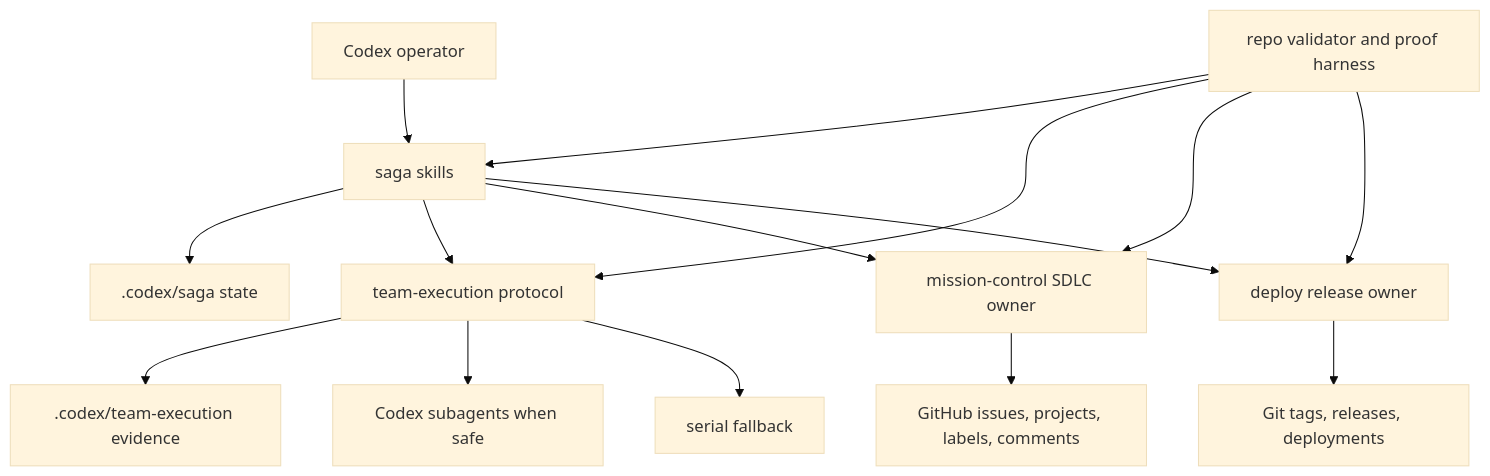
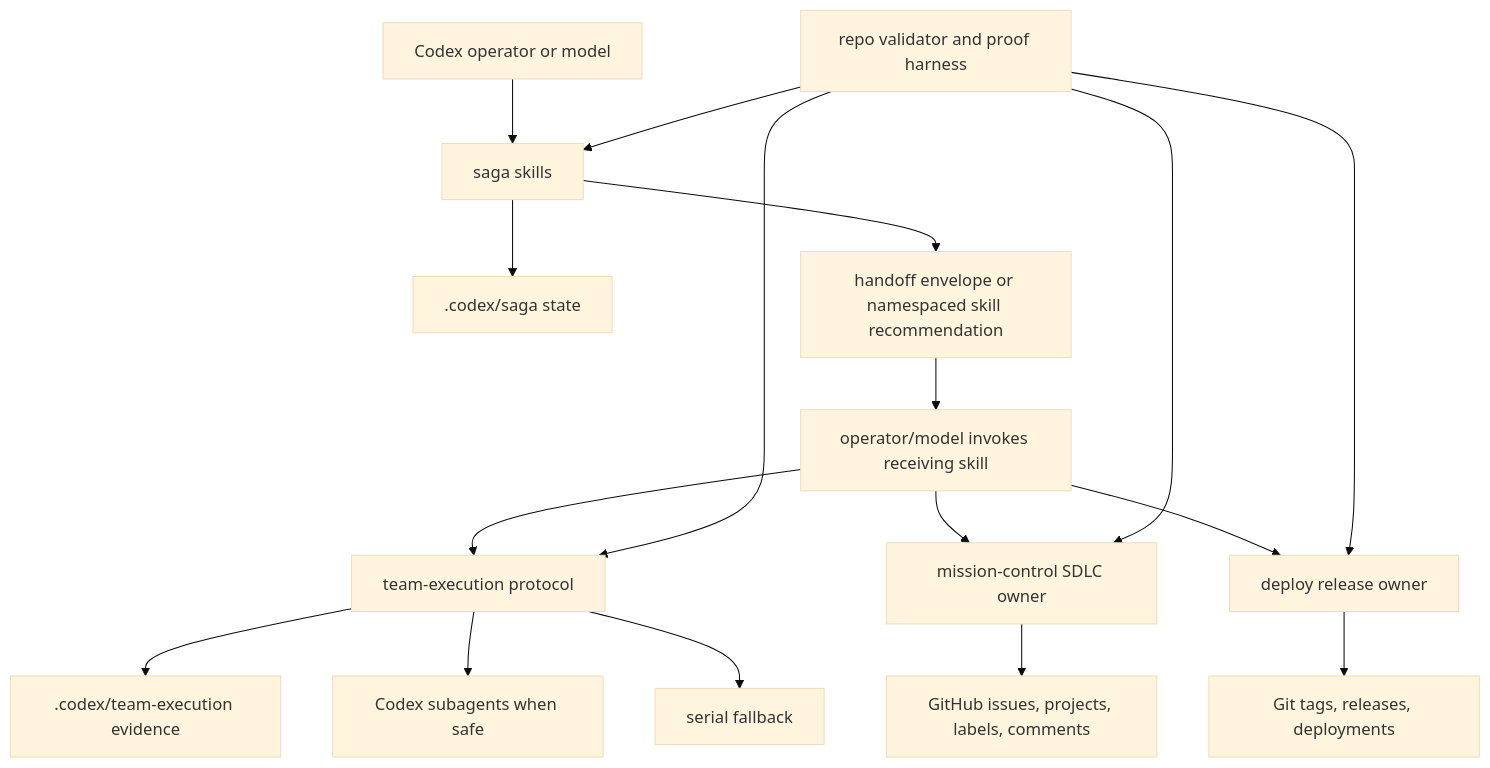
One commit to infiquetra/infiquetra-codex-plugins changed the first of 4 diagrams in docs/plans/2026-06-06-001-feat-saga-family-replacement-plan.md. Above: the diagram before and after it, drawn with Mermaid (base theme). The commit also changed other lines of this file, not shown here.

Commit message:
docs: deepen saga replacement plan

````diff
--- a/docs/plans/2026-06-06-001-feat-saga-family-replacement-plan.md
+++ b/docs/plans/2026-06-06-001-feat-saga-family-replacement-plan.md
@@ -159,20 +183,22 @@
 ```mermaid
 flowchart TB
-  Operator[Codex operator] --> Saga[saga skills]
+  Operator[Codex operator or model] --> Saga[saga skills]
   Saga --> SagaState[.codex/saga state]
-  Saga --> Team[team-execution protocol]
-  Saga --> Mission[mission-control SDLC owner]
-  Saga --> Deploy[deploy release owner]
+  Saga --> Envelope[handoff envelope or namespaced skill recommendation]
+  Envelope --> OperatorInvoke[operator/model invokes receiving skill]
+  OperatorInvoke --> Team[team-execution protocol]
+  OperatorInvoke --> Mission[mission-control SDLC owner]
+  OperatorInvoke --> Deploy[deploy release owner]
 
   Team --> TeamState[.codex/team-execution evidence]
   Team --> Subagents[Codex subagents when safe]
   Team --> Serial[serial fallback]
 
   Mission --> GitHub[GitHub issues, projects, labels, comments]
   Deploy --> Tags[Git tags, releases, deployments]
 
   Validator[repo validator and proof harness] --> Saga
   Validator --> Team
   Validator --> Mission
   Validator --> Deploy
 ```
````
